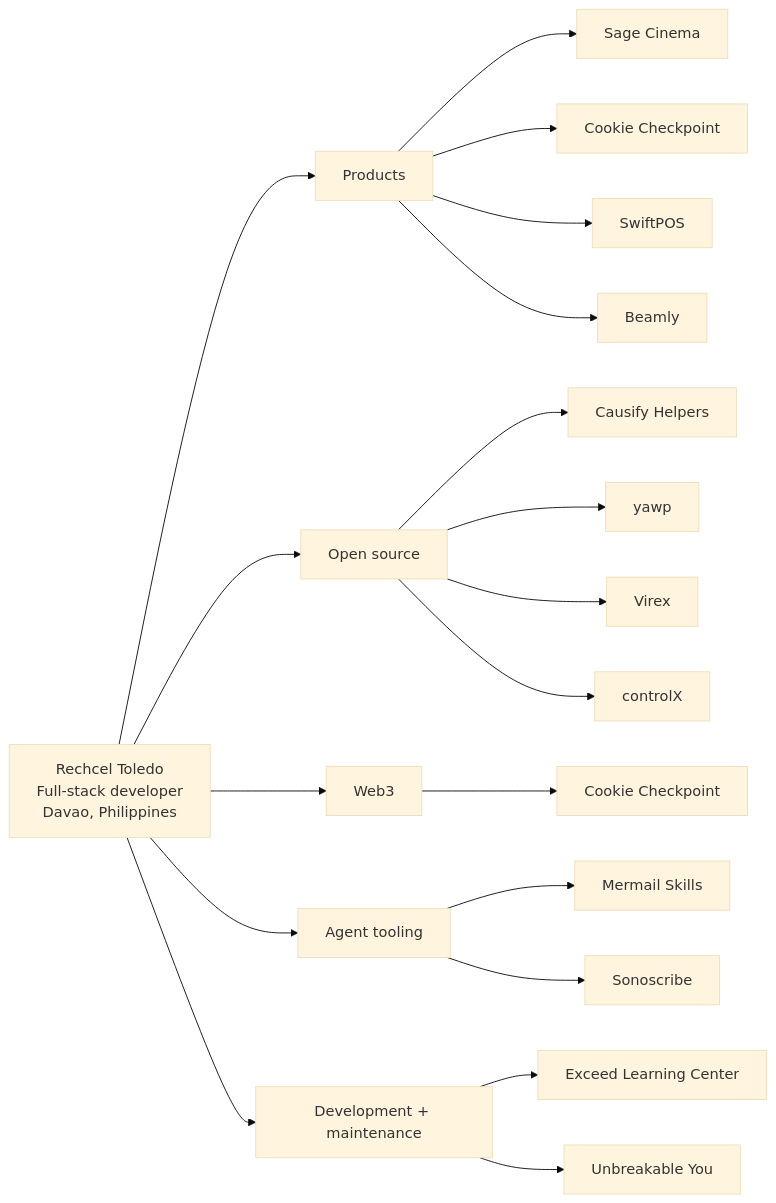
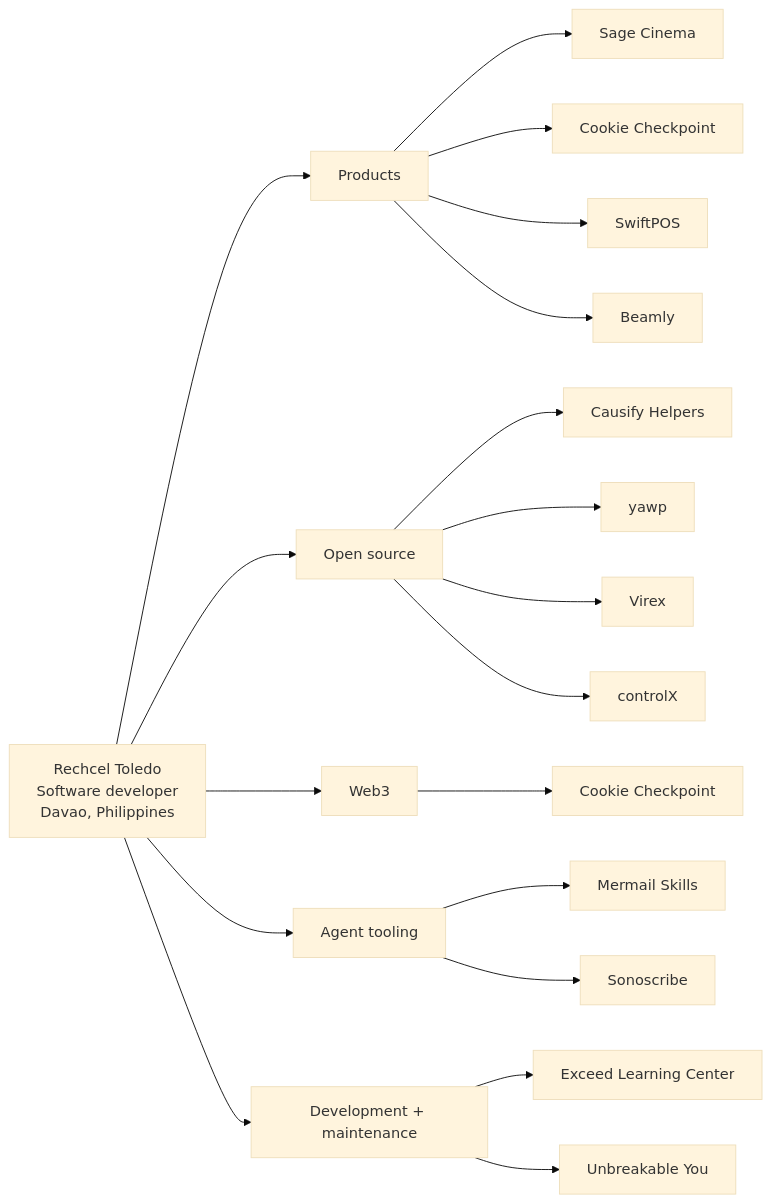
One commit to phcodesage/phcodesage.github.io changed the diagram in README.md. Above: the diagram before and after it, drawn with Mermaid (base theme). The commit also changed 1 other file, not shown here.

Commit message:
Use software developer terminology consistently

````diff
--- a/README.md
+++ b/README.md
@@ -44,22 +44,22 @@
 ```mermaid
 flowchart LR
-    R[Rechcel Toledo<br/>Full-stack developer<br/>Davao, Philippines]
+    R[Rechcel Toledo<br/>Software developer<br/>Davao, Philippines]
     R --> P[Products]
     R --> O[Open source]
     R --> W[Web3]
     R --> A[Agent tooling]
     R --> M[Development + maintenance]
     P --> P1[Sage Cinema]
     P --> P2[Cookie Checkpoint]
     O --> O1[Causify Helpers]
     W --> W1[Cookie Checkpoint]
     A --> A1[Mermail Skills]
     A --> A2[Sonoscribe]
     M --> M1[Exceed Learning Center]
     M --> M2[Unbreakable You]
     P --> P3[SwiftPOS]
     P --> P4[Beamly]
     O --> O2[yawp]
     O --> O3[Virex]
     O --> O4[controlX]
 ```
````
